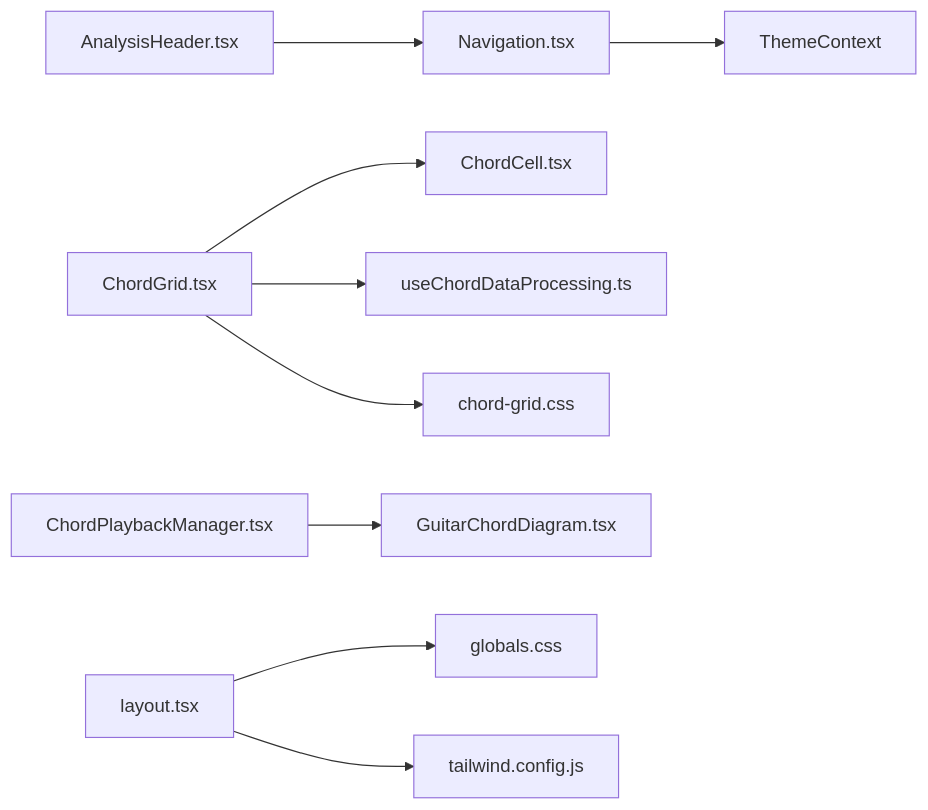
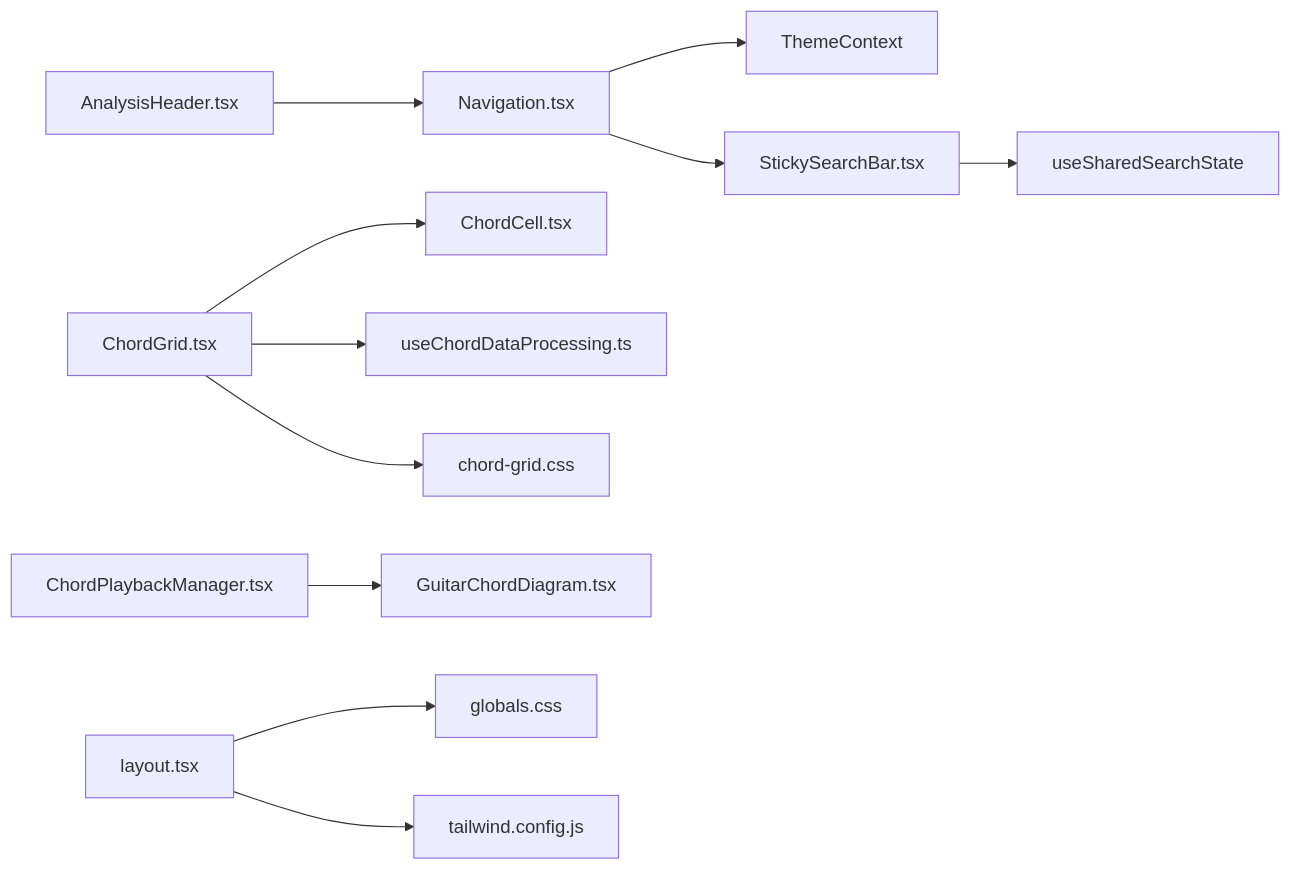
The tenth of 10 diagrams in .qoder/repowiki/en/content/Frontend Application/Component Library and UI System/Component Library and UI System.md (ptnghia-j/ChordMiniApp), drawn with Mermaid before and after one commit. The commit also changed other lines of this file and 13 other files, not shown here.

````diff
--- a/.qoder/repowiki/en/content/Frontend Application/Component Library and UI System/Component Library and UI System.md
+++ b/.qoder/repowiki/en/content/Frontend Application/Component Library and UI System/Component Library and UI System.md
@@ -373,11 +383,13 @@
 ```mermaid
 graph LR
 NAV["Navigation.tsx"] --> THEME["ThemeContext"]
+NAV --> SEARCH["StickySearchBar.tsx"]
+SEARCH --> SEARCH_STATE["useSharedSearchState"]
 AH["AnalysisHeader.tsx"] --> NAV
 CGRID["ChordGrid.tsx"] --> CCELL["ChordCell.tsx"]
 CGRID --> HOOKS["useChordDataProcessing.ts"]
 PCM["ChordPlaybackManager.tsx"] --> GCD["GuitarChordDiagram.tsx"]
 LAYOUT["layout.tsx"] --> GLOBALS["globals.css"]
 LAYOUT --> TWCFG["tailwind.config.js"]
 CGRID --> CGCSS["chord-grid.css"]
 ```
````
